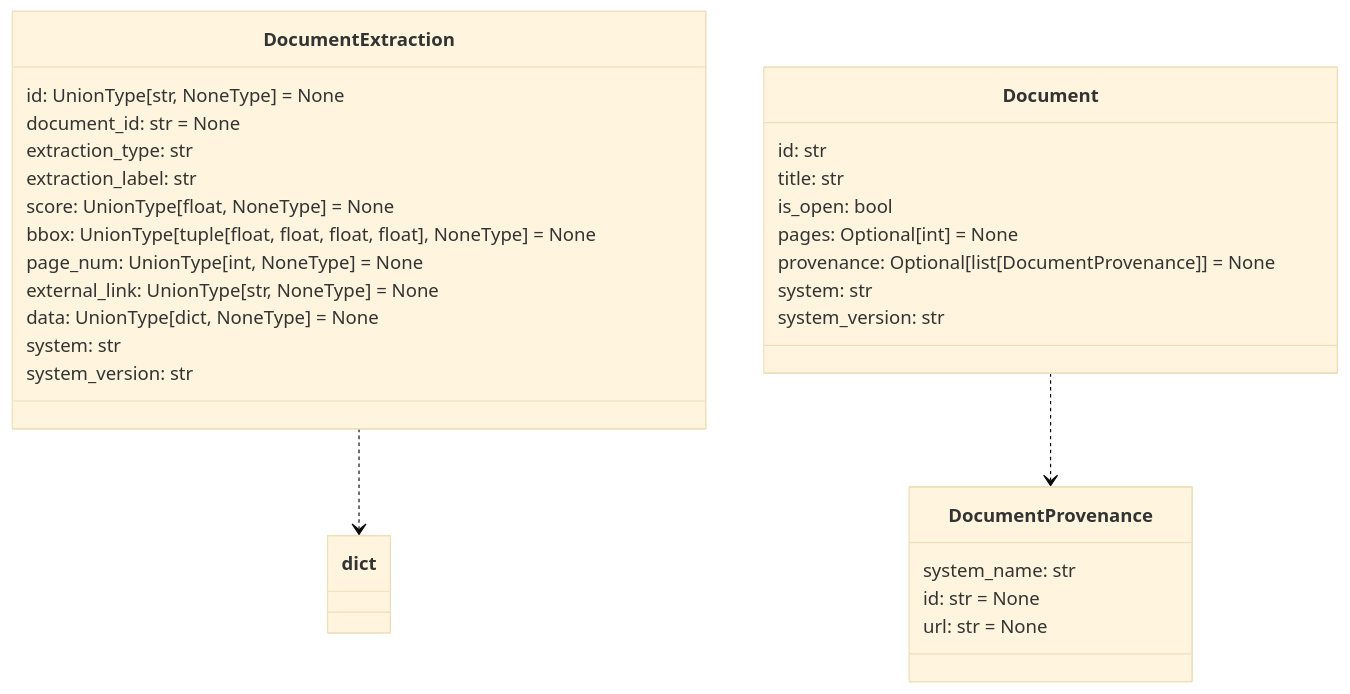
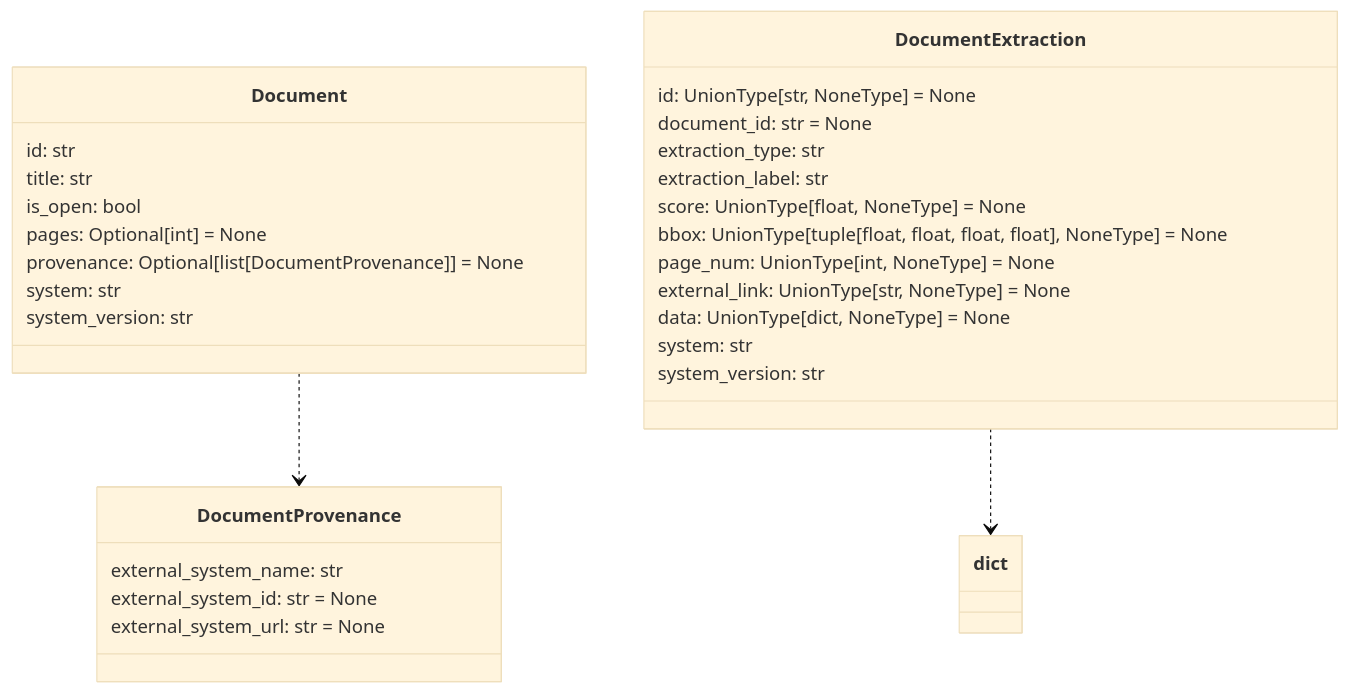
Before and after one commit to DARPA-CRITICALMAAS/cdr_schemas: the eighth of 11 diagrams in README.md, drawn with Mermaid (base theme). The commit also changed 1 other file, not shown here.

Commit message:
more tries

````diff
--- a/README.md
+++ b/README.md
@@ -562,38 +562,38 @@
 ```mermaid
 classDiagram
 
+    class Document {
+        id: str
+        title: str
+        is_open: bool
+        pages: Optional[int] = None
+        provenance: Optional[list[DocumentProvenance]] = None
+        system: str
+        system_version: str
+    }
+
     class DocumentProvenance {
-        system_name: str
-        id: str = None
-        url: str = None
+        external_system_name: str
+        external_system_id: str = None
+        external_system_url: str = None
     }
 
     class DocumentExtraction {
         id: UnionType[str, NoneType] = None
         document_id: str = None
         extraction_type: str
         extraction_label: str
         score: UnionType[float, NoneType] = None
         bbox: UnionType[tuple[float, float, float, float], NoneType] = None
         page_num: UnionType[int, NoneType] = None
         external_link: UnionType[str, NoneType] = None
         data: UnionType[dict, NoneType] = None
         system: str
         system_version: str
     }
 
-    class Document {
-        id: str
-        title: str
-        is_open: bool
-        pages: Optional[int] = None
-        provenance: Optional[list[DocumentProvenance]] = None
-        system: str
-        system_version: str
-    }
-
     Document ..> DocumentProvenance
     DocumentExtraction ..> dict
 
 
 ```
````
